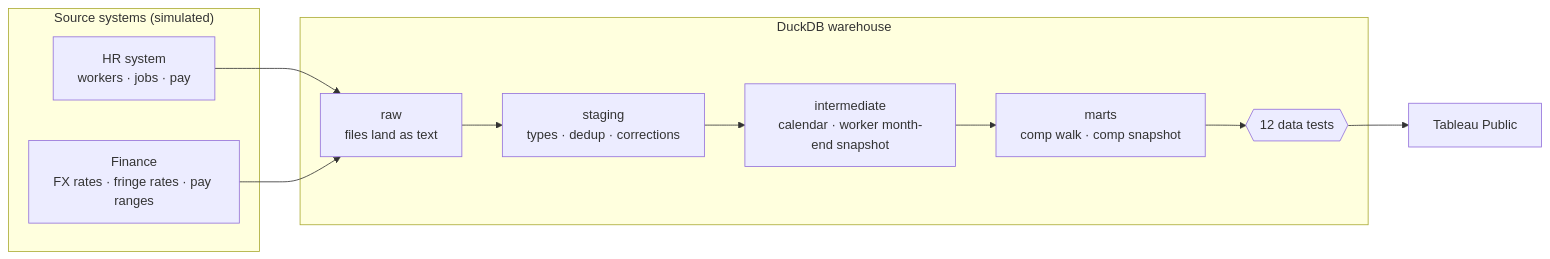
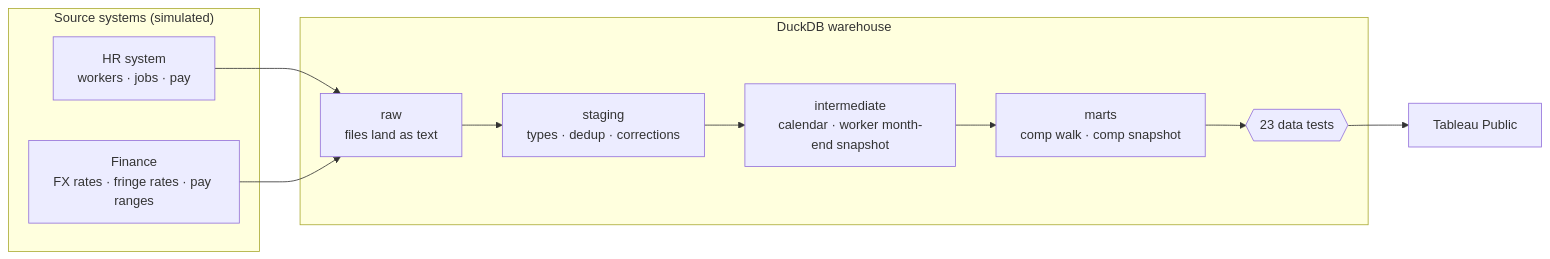
One commit to thialp/people-analytics-warehouse changed the first of 2 diagrams in README.md. Above: the diagram before and after it, drawn with Mermaid. The commit also changed other lines of this file and 10 other files, not shown here.

````diff
--- a/README.md
+++ b/README.md
@@ -43,18 +43,18 @@
 ```mermaid
 flowchart LR
     subgraph Sources["Source systems (simulated)"]
         HR["HR system<br/>workers · jobs · pay"]
         FIN["Finance<br/>FX rates · fringe rates · pay ranges"]
     end
     subgraph WH["DuckDB warehouse"]
         RAW["raw<br/>files land as text"]
         STG["staging<br/>types · dedup · corrections"]
         INT["intermediate<br/>calendar · worker month-end snapshot"]
         MART["marts<br/>comp walk · comp snapshot"]
-        TEST{{"12 data tests"}}
+        TEST{{"23 data tests"}}
     end
     TAB["Tableau Public"]
     HR --> RAW
     FIN --> RAW
     RAW --> STG --> INT --> MART --> TEST --> TAB
 ```
````
